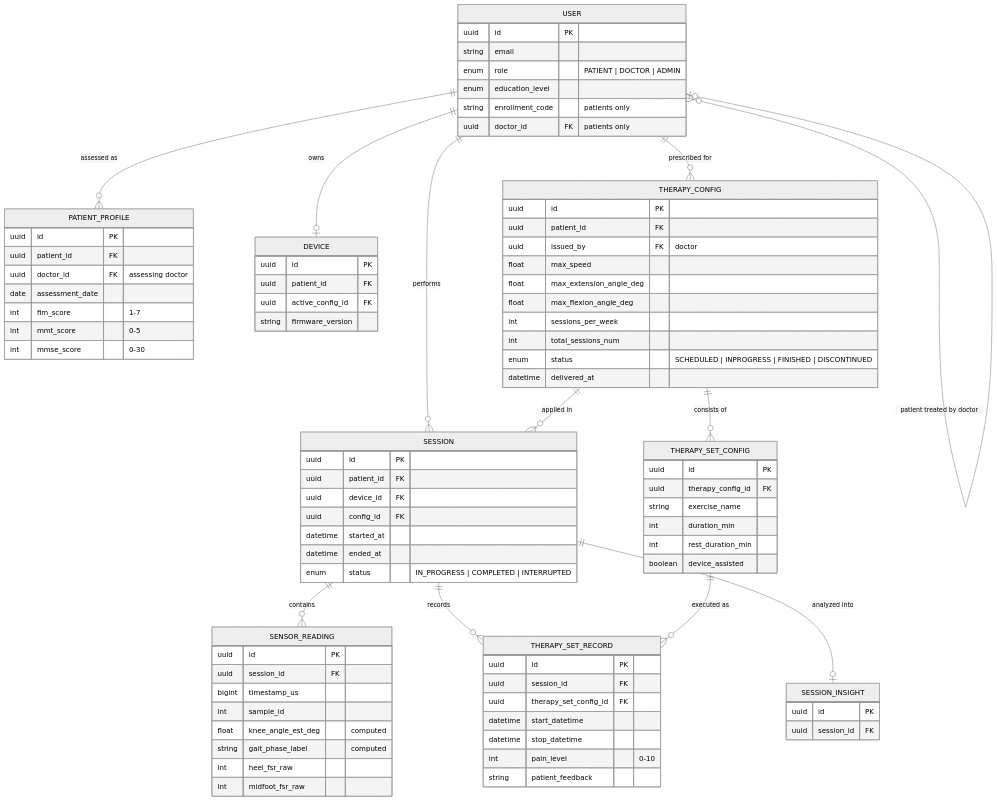
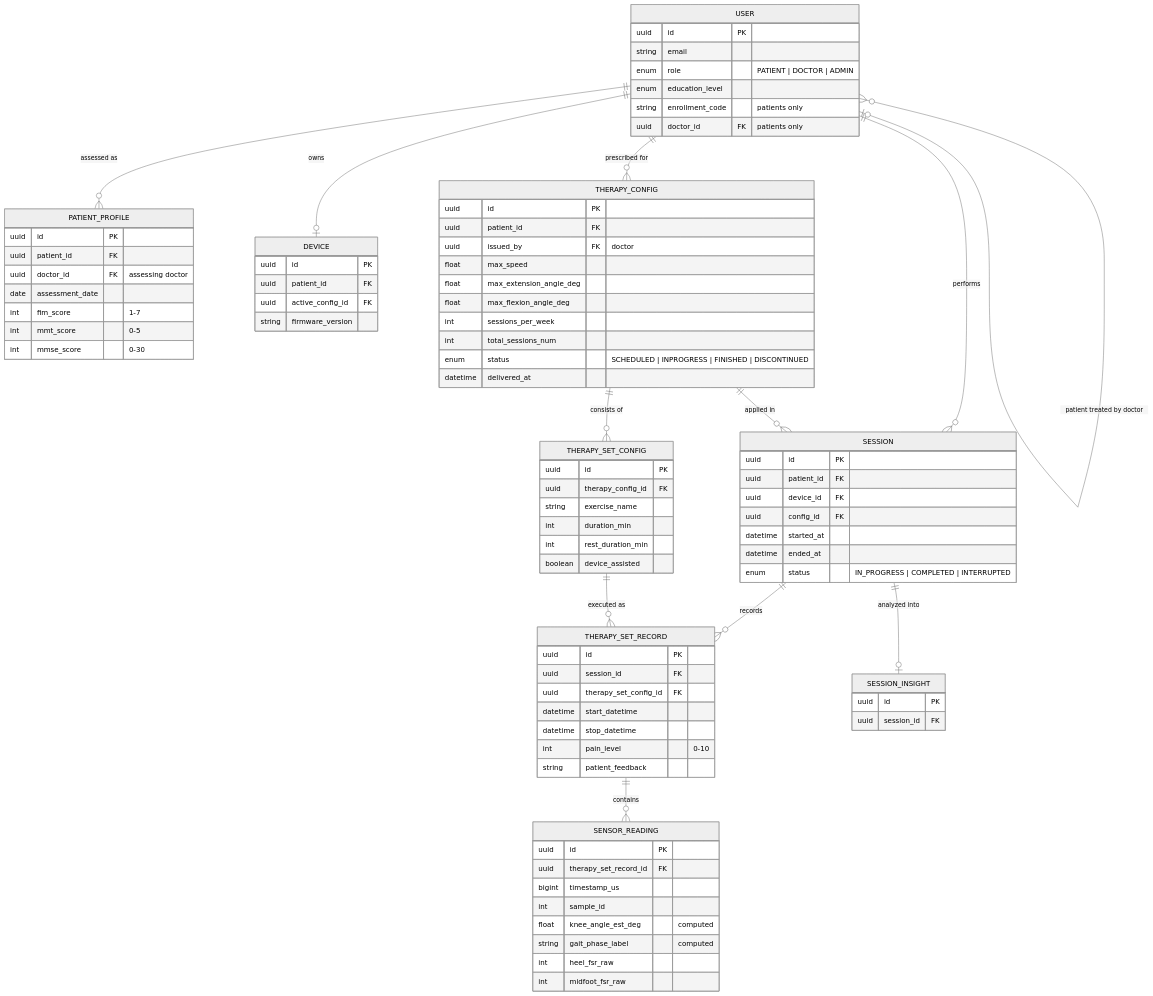
One commit to mariamismail8icloud-glitch/knevo changed the third of 3 diagrams in spec-and-architecture.md. Above: the diagram before and after it, drawn with Mermaid (neutral theme). The commit also changed other lines of this file, not shown here.

Commit message:
associate the sensor readings with the set instead of the session in the spec

```diff
--- a/spec-and-architecture.md
+++ b/spec-and-architecture.md
@@ -266,7 +266,7 @@
     }
     SENSOR_READING {
         uuid id PK
-        uuid session_id FK
+        uuid therapy_set_record_id FK
         bigint timestamp_us
         int sample_id
         float knee_angle_est_deg "computed"
@@ -286,7 +286,7 @@
     USER ||--o{ PATIENT_PROFILE : "assessed as"
     THERAPY_CONFIG ||--o{ SESSION : "applied in"
     THERAPY_CONFIG ||--o{ THERAPY_SET_CONFIG : "consists of"
-    SESSION ||--o{ SENSOR_READING : "contains"
+    THERAPY_SET_RECORD ||--o{ SENSOR_READING : "contains"
     SESSION ||--o{ THERAPY_SET_RECORD : "records"
     THERAPY_SET_CONFIG ||--o{ THERAPY_SET_RECORD : "executed as"
     SESSION ||--o| SESSION_INSIGHT : "analyzed into"
```
